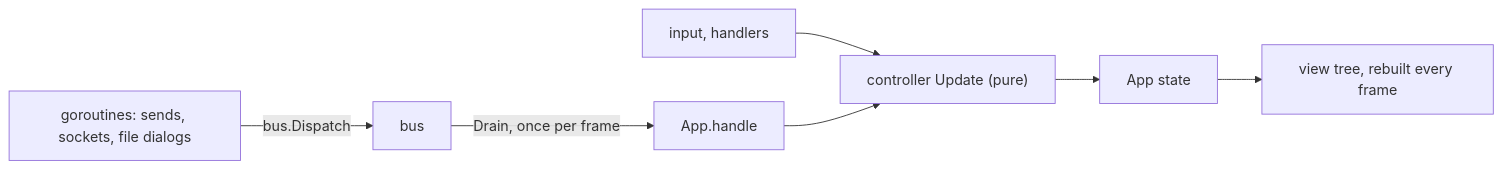
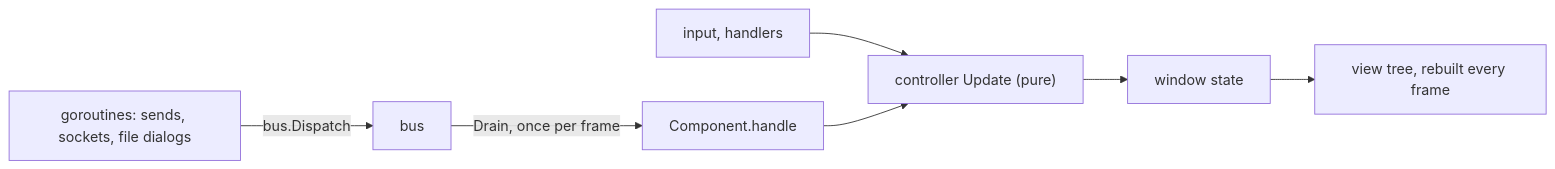
The diagram in .harness/architecture/app.md (gascoigne-ai/gascoigne-workshop), drawn with Mermaid before and after one commit. The commit also changed other lines of this file and 358 other files, not shown here.

First line of the commit message:
refactor(ui): window composes the screen, app only wires

````diff
--- a/.harness/architecture/app.md
+++ b/.harness/architecture/app.md
@@ -18,9 +35,9 @@
 ```mermaid
 flowchart LR
   input["input, handlers"] --> update["controller Update (pure)"]
-  update --> appstate["App state"]
+  update --> appstate["window state"]
   goroutines["goroutines: sends, sockets, file dialogs"] -- "bus.Dispatch" --> busq["bus"]
-  busq -- "Drain, once per frame" --> handle["App.handle"]
+  busq -- "Drain, once per frame" --> handle["Component.handle"]
   handle --> update
   appstate --> tree["view tree, rebuilt every frame"]
 ```
````
